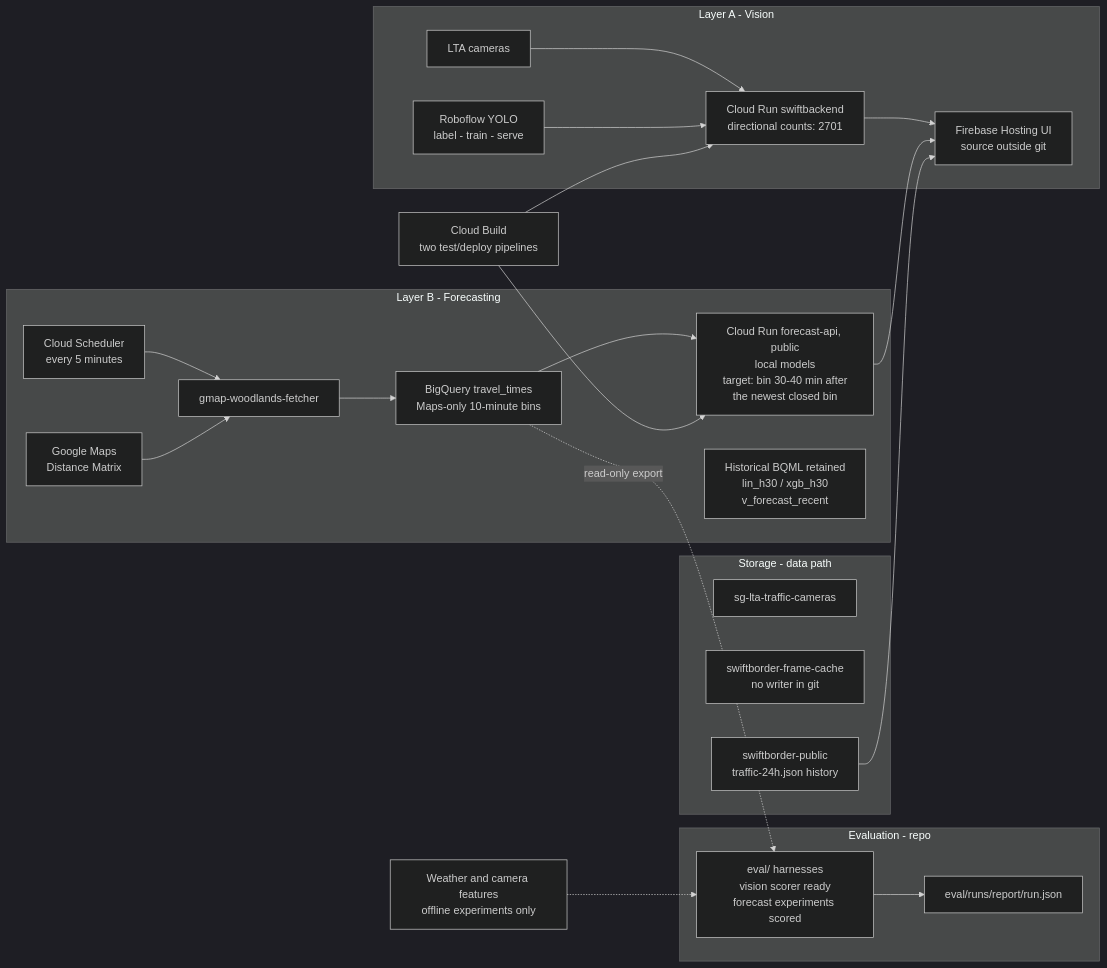
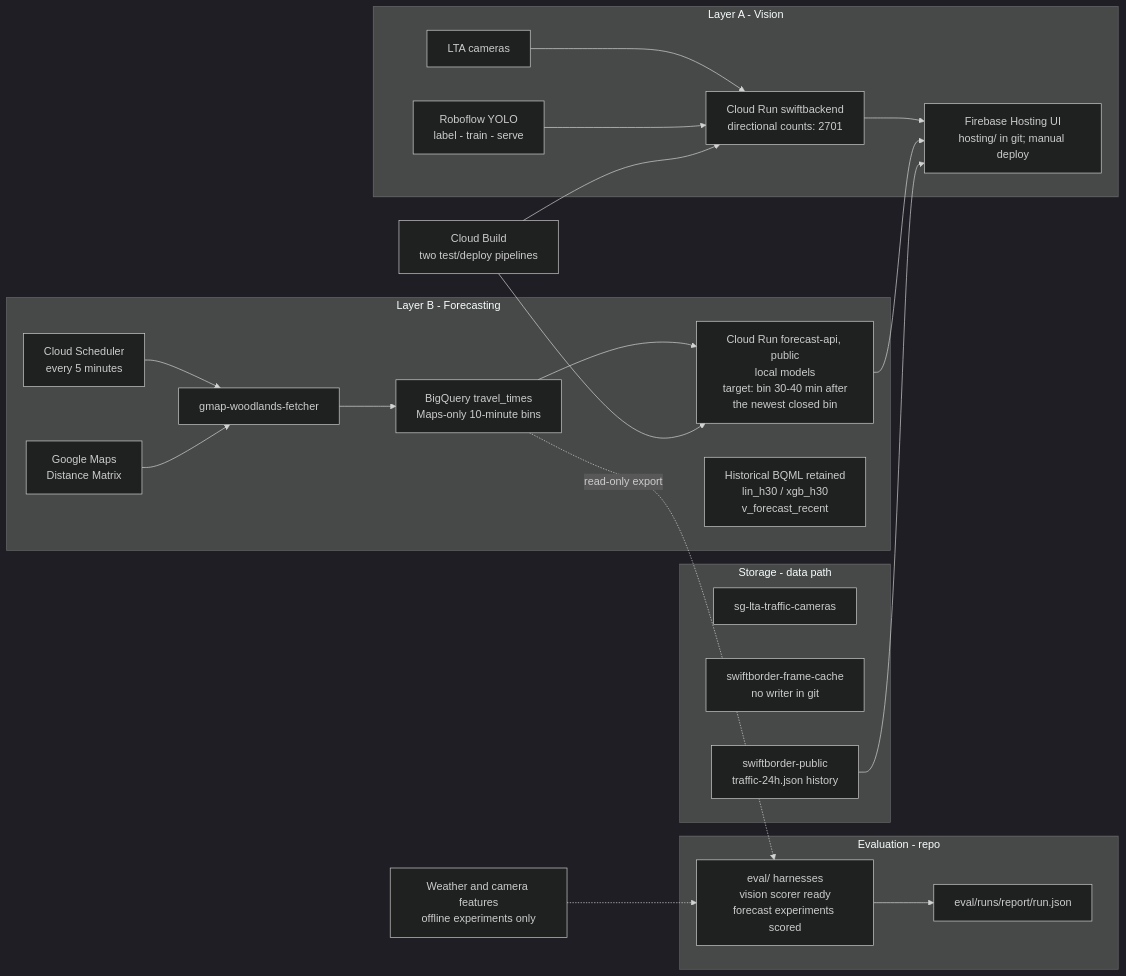
Before and after one commit to sozuken-max/swiftborder: the diagram in docs/diagrams/architecture-high-level.mmd, drawn with Mermaid (dark theme). The commit also changed 17 other files, not shown here.

First line of the commit message:
Record the 4 Oct live check and that Hosting is in git.

```diff
--- a/docs/diagrams/architecture-high-level.mmd
+++ b/docs/diagrams/architecture-high-level.mmd
@@ -1,26 +1,26 @@
 flowchart LR
   subgraph LA["Layer A - Vision"]
     LTA["LTA cameras"] --> SB["Cloud Run swiftbackend<br/>directional counts: 2701"]
     RF["Roboflow YOLO<br/>label - train - serve"] --> SB
-    SB --> UI["Firebase Hosting UI<br/>source outside git"]
+    SB --> UI["Firebase Hosting UI<br/>hosting/ in git; manual deploy"]
   end
   subgraph LB["Layer B - Forecasting"]
     SCH["Cloud Scheduler<br/>every 5 minutes"] --> ING["gmap-woodlands-fetcher"]
     GM["Google Maps<br/>Distance Matrix"] --> ING
     ING --> TT["BigQuery travel_times<br/>Maps-only 10-minute bins"]
     TT --> API["Cloud Run forecast-api, public<br/>local models<br/>target: bin 30-40 min after<br/>the newest closed bin"]
     API --> UI
     OLD["Historical BQML retained<br/>lin_h30 / xgb_h30<br/>v_forecast_recent"]
   end
   BUILD["Cloud Build<br/>two test/deploy pipelines"] --> SB
   BUILD --> API
   subgraph GCS["Storage - data path"]
     CAM["sg-lta-traffic-cameras"]
     CACHE["swiftborder-frame-cache<br/>no writer in git"]
     PUB["swiftborder-public<br/>traffic-24h.json history"] --> UI
   end
   subgraph EV["Evaluation - repo"]
     HAR["eval/ harnesses<br/>vision scorer ready<br/>forecast experiments scored"] --> REP["eval/runs/report/run.json"]
   end
   TT -.->|"read-only export"| HAR
   UNUSED["Weather and camera features<br/>offline experiments only"] -.-> HAR
```
